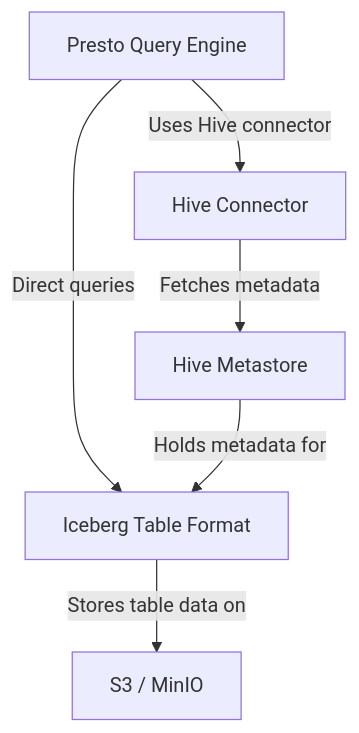
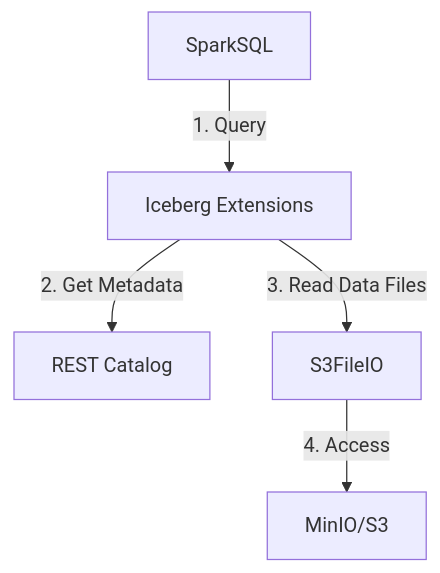
One commit to EM51641/iceberg changed the diagram in README.md. Above: the diagram before and after it, drawn with Mermaid. The commit also changed 1 other file, not shown here.

````diff
--- a/README.md
+++ b/README.md
@@ -1,14 +1,7 @@
 ```mermaid
-flowchart TD
-    A[Presto Query Engine]
-    B[Hive Connector]
-    C[Hive Metastore]
-    D[Iceberg Table Format]
-    E[S3 / MinIO]
-
-    A -->|Uses Hive connector| B
-    B -->|Fetches metadata| C
-    A -->|Direct queries| D
-    C -->|Holds metadata for| D
-    D -->|Stores table data on| E
+graph TD
+    A[SparkSQL] -->|1. Query| B[Iceberg Extensions]
+    B -->|2. Get Metadata| C[REST Catalog]
+    B -->|3. Read Data Files| D[S3FileIO]
+    D -->|4. Access| E[MinIO/S3]
 ```
````
